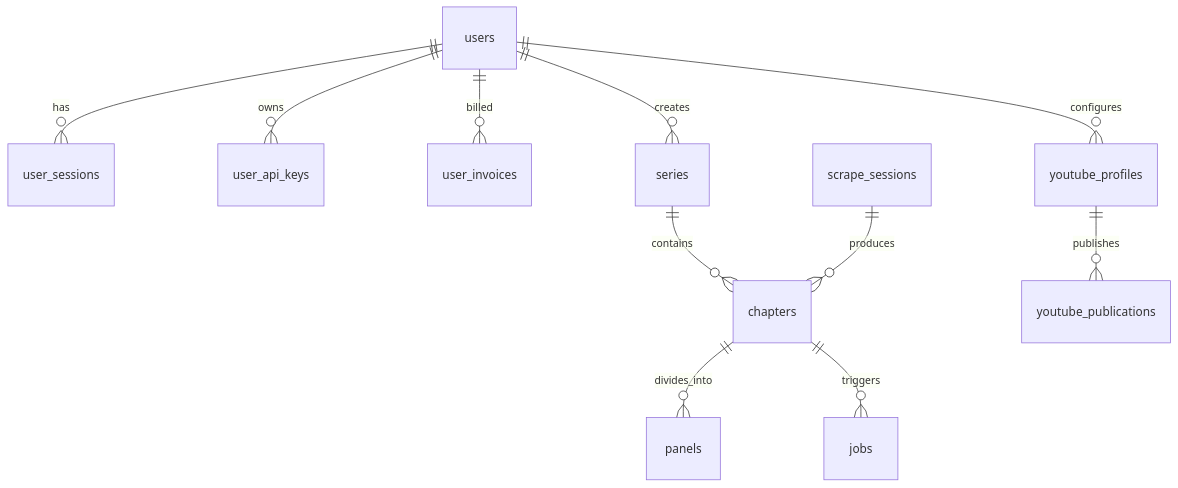
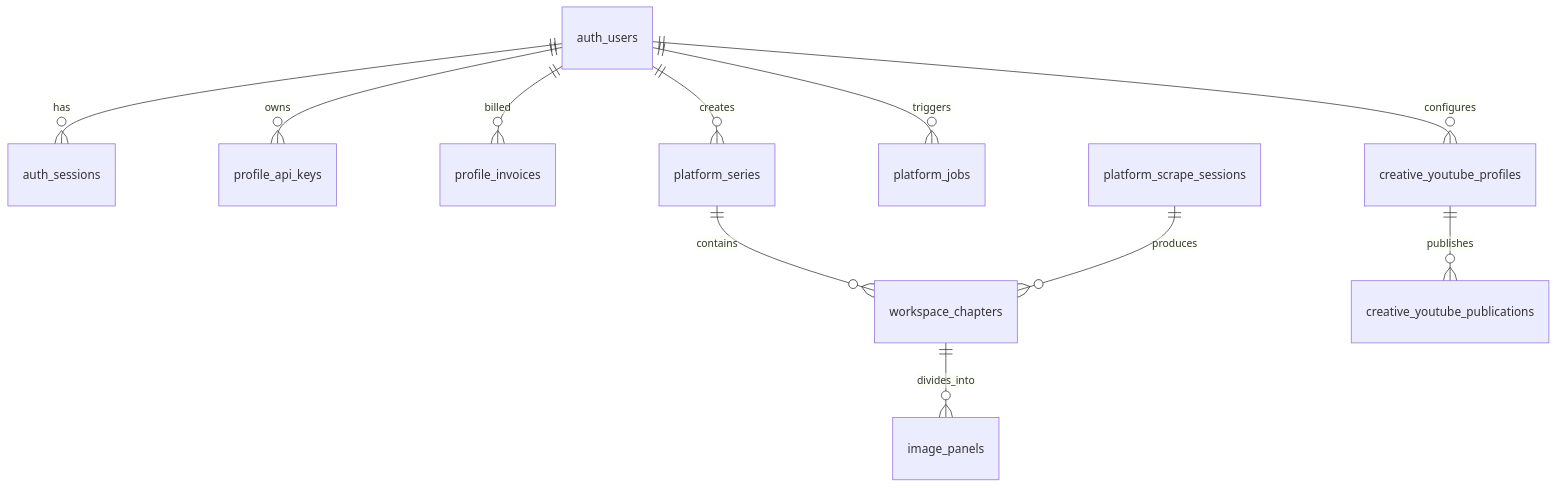
The diagram in backend/database/README.md (dheena017/Sonikoma), drawn with Mermaid before and after one commit. The commit also changed other lines of this file and 39 other files, not shown here.

First line of the commit message:
Refactor database schema and update repository queries

````diff
--- a/backend/database/README.md
+++ b/backend/database/README.md
@@ -25,13 +25,13 @@
 ```mermaid
 erDiagram
-    users ||--o{ user_sessions : has
-    users ||--o{ user_api_keys : owns
-    users ||--o{ user_invoices : billed
-    users ||--o{ series : creates
-    series ||--o{ chapters : contains
-    chapters ||--o{ panels : divides_into
-    chapters ||--o{ jobs : triggers
-    users ||--o{ youtube_profiles : configures
-    youtube_profiles ||--o{ youtube_publications : publishes
-    scrape_sessions ||--o{ chapters : produces
+    auth_users ||--o{ auth_sessions : has
+    auth_users ||--o{ profile_api_keys : owns
+    auth_users ||--o{ profile_invoices : billed
+    auth_users ||--o{ platform_series : creates
+    platform_series ||--o{ workspace_chapters : contains
+    workspace_chapters ||--o{ image_panels : divides_into
+    auth_users ||--o{ platform_jobs : triggers
+    auth_users ||--o{ creative_youtube_profiles : configures
+    creative_youtube_profiles ||--o{ creative_youtube_publications : publishes
+    platform_scrape_sessions ||--o{ workspace_chapters : produces
 ```
````
